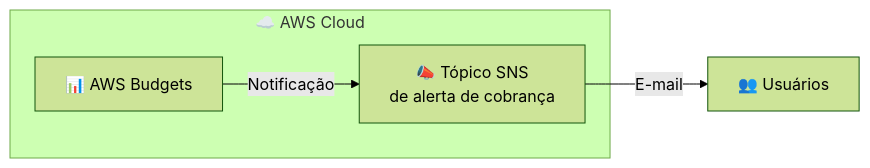
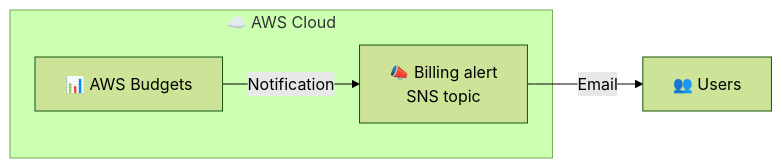
Before and after one commit to lbarretto/aws-sa-associate-labs: the diagram in Mandatory Labs/Lab 01/Lab 01 - AWS Budget Creation.md, drawn with Mermaid (forest theme). The commit also changed other lines of this file and 1 other file, not shown here.

````diff
--- a/Mandatory Labs/Lab 01/Lab 01 - AWS Budget Creation.md
+++ b/Mandatory Labs/Lab 01/Lab 01 - AWS Budget Creation.md
@@ -65,10 +65,10 @@
 ```mermaid
 flowchart LR
-    A["📊 AWS Budgets"] -->|Notificação| B["📣 Tópico SNS<br/>de alerta de cobrança"]
-    B -->|E-mail| C["👥 Usuários"]
+    A["📊 AWS Budgets"] -->|Notification| B["📣 Billing alert<br/>SNS topic"]
+    B -->|Email| C["👥 Users"]
 
     subgraph AWS["☁️ AWS Cloud"]
         A
         B
     end
 ```
````
